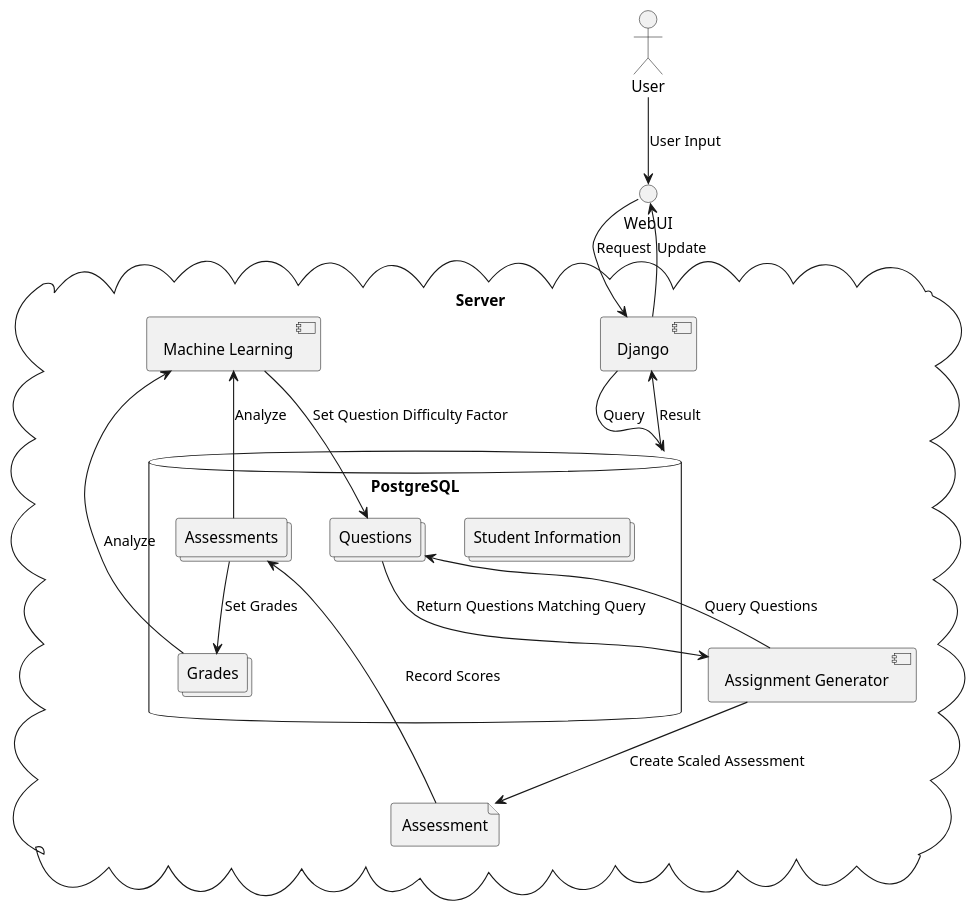
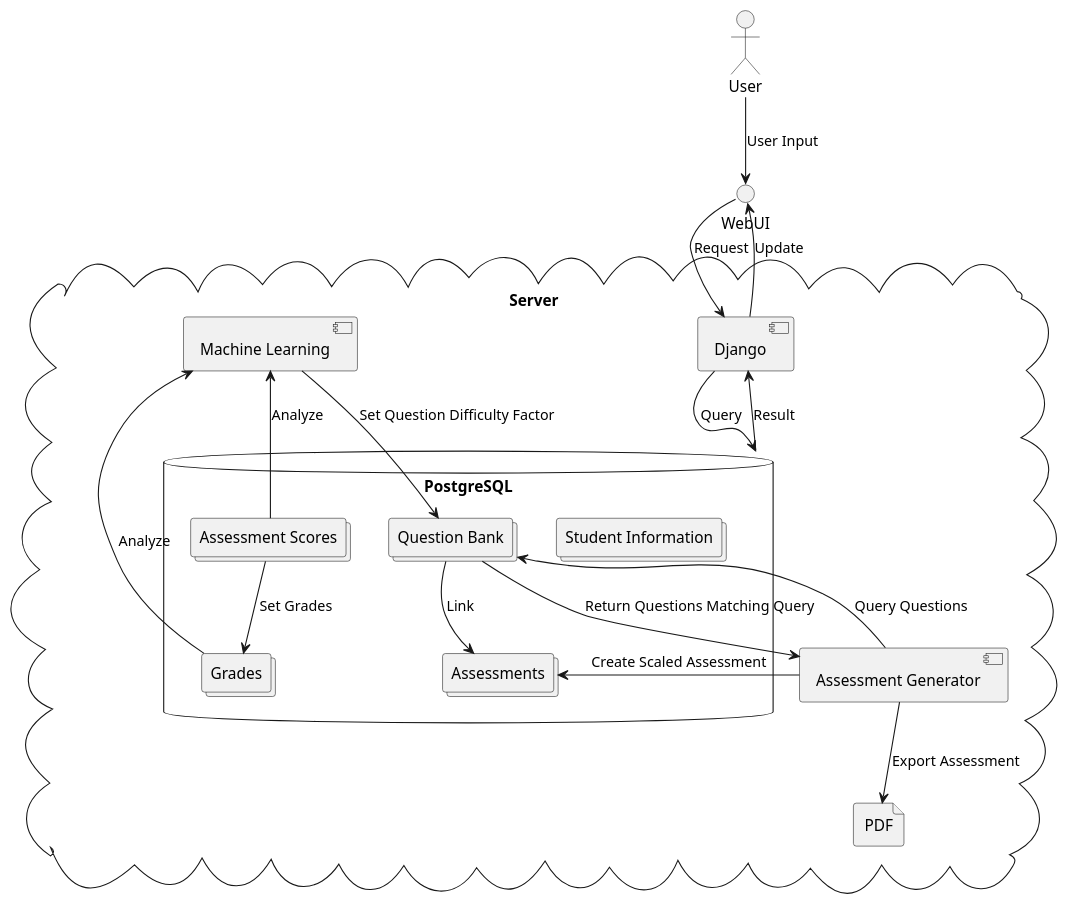
Before and after one commit to tfree87/LibreEd: the diagram in README.org, drawn with PlantUML. The commit also changed 1 other file, not shown here.

Commit message:
Updated diagram

```diff
--- a/README.org
+++ b/README.org
@@ -34,38 +34,40 @@
 #+begin_src plantuml :exports results :file diagram.png
   @startuml
   skinparam defaultTextAlignment center
 
   actor User
   interface WebUI
 
   cloud Server {
   component Django
   component "Machine Learning" as ML
-  component "Assignment Generator" as AG
+  component "Assessment Generator" as AG
 
-  file Assessment
+  file PDF
 
   database PostgreSQL{
   collections "Student Information" as SI
   collections Grades
+  collections "Assessment Scores" as AS
+  collections "Question Bank" as Questions
   collections Assessments
-  collections Questions
   }
   }
 
   User --> WebUI : User Input
   WebUI --> Django : Request
   Django --> PostgreSQL : Query
   Django --> WebUI : Update
-  PostgreSQL --> Django : Result
+  Django <-- PostgreSQL : Result
 
-  Assessments --> Grades : Set Grades
+  AS --> Grades : Set Grades
   ML <-- Grades : Analyze
-  ML <-- Assessments : Analyze
+  ML <-- AS : Analyze
   ML --> Questions : Set Question Difficulty Factor
   Questions <-- AG : Query Questions
   Questions --> AG : Return Questions Matching Query
-  AG --> Assessment : Create Scaled Assessment
-  Assessment --> Assessments : Record Scores
+  AG --> Assessments : Create Scaled Assessment
+  AG --> PDF : Export Assessment
+  Questions --> Assessments : Link
   @enduml
 #+end_src
```
